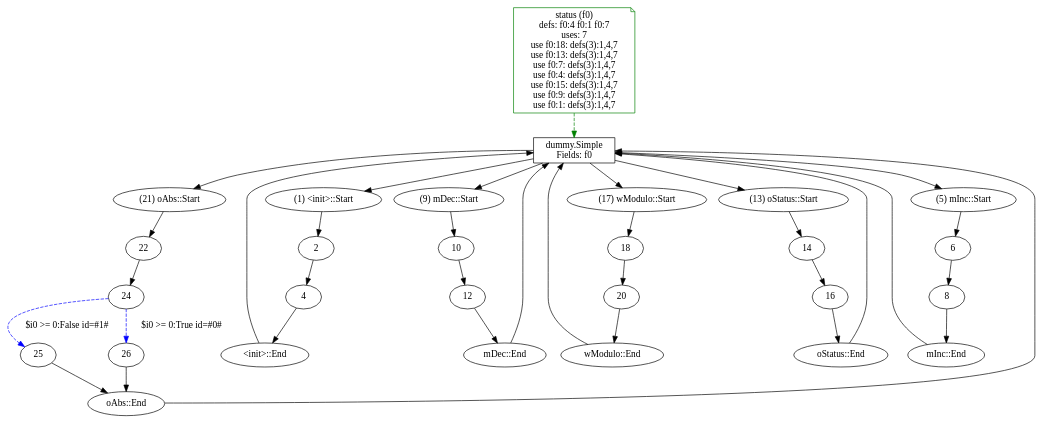
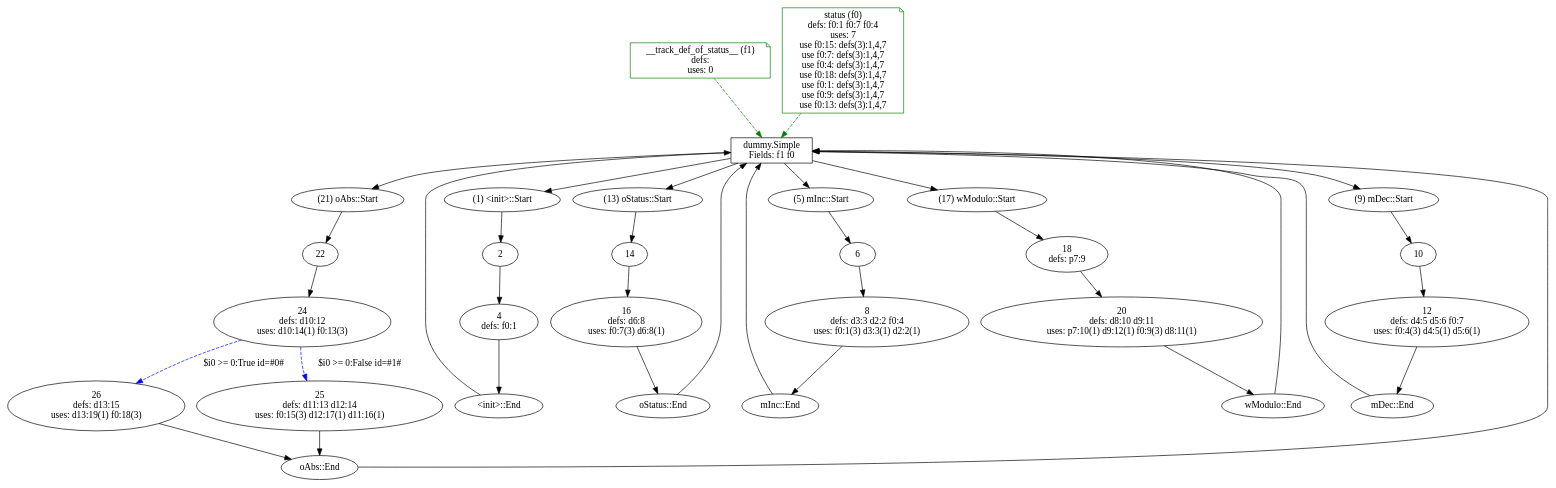
Before and after one commit to matteomiraz/testful: the diagram in testful/testCut/instrumented/dummy/Simple.dot, drawn with Graphviz. The commit also changed 28 other files, not shown here.

```diff
--- a/testful/testCut/instrumented/dummy/Simple.dot
+++ b/testful/testCut/instrumented/dummy/Simple.dot
@@ -1,64 +1,66 @@
 digraph clazz {
-  0 [shape=box,label="dummy.Simple\nFields: f0"];
+  0 [shape=box,label="dummy.Simple\nFields: f1 f0"];
+  f1 -> 0 [style=dashed,color=green];
+  f1 [shape=note,color=green,label="__track_def_of_status__ (f1)\ndefs:\nuses: 0"];
   f0 -> 0 [style=dashed,color=green];
-  f0 [shape=note,color=green,label="status (f0)\ndefs: f0:4 f0:1 f0:7\nuses: 7\nuse f0:18: defs(3):1,4,7\nuse f0:13: defs(3):1,4,7\nuse f0:7: defs(3):1,4,7\nuse f0:4: defs(3):1,4,7\nuse f0:15: defs(3):1,4,7\nuse f0:9: defs(3):1,4,7\nuse f0:1: defs(3):1,4,7"];
+  f0 [shape=note,color=green,label="status (f0)\ndefs: f0:1 f0:7 f0:4\nuses: 7\nuse f0:15: defs(3):1,4,7\nuse f0:7: defs(3):1,4,7\nuse f0:4: defs(3):1,4,7\nuse f0:18: defs(3):1,4,7\nuse f0:1: defs(3):1,4,7\nuse f0:9: defs(3):1,4,7\nuse f0:13: defs(3):1,4,7"];
   0 -> 21;
   0 -> 1;
-  0 -> 9;
-  0 -> 17;
   0 -> 13;
   0 -> 5;
+  0 -> 17;
+  0 -> 9;
   21 [label="(21) oAbs::Start"];
   21 -> 22;
   1 [label="(1) <init>::Start"];
   1 -> 2;
-  9 [label="(9) mDec::Start"];
-  9 -> 10;
-  17 [label="(17) wModulo::Start"];
-  17 -> 18;
   13 [label="(13) oStatus::Start"];
   13 -> 14;
   5 [label="(5) mInc::Start"];
   5 -> 6;
+  17 [label="(17) wModulo::Start"];
+  17 -> 18;
+  9 [label="(9) mDec::Start"];
+  9 -> 10;
   22 [label="22"];
   22 -> 24;
   2 [label="2"];
   2 -> 4;
-  10 [label="10"];
-  10 -> 12;
-  18 [label="18"];
-  18 -> 20;
   14 [label="14"];
   14 -> 16;
   6 [label="6"];
   6 -> 8;
-  24 [label="24"];
+  18 [label="18\ndefs: p7:9"];
+  18 -> 20;
+  10 [label="10"];
+  10 -> 12;
+  24 [label="24\ndefs: d10:12\nuses: d10:14(1) f0:13(3)"];
+  24 -> 25[style=dashed,color=blue,label="$i0 >= 0:False id=#1#"];
   24 -> 26[style=dashed,color=blue,label="$i0 >= 0:True id=#0#"];
-  24 -> 25[style=dashed,color=blue,label="$i0 >= 0:False id=#1#"];
-  4 [label="4"];
+  4 [label="4\ndefs: f0:1"];
   4 -> 3;
-  12 [label="12"];
+  16 [label="16\ndefs: d6:8\nuses: f0:7(3) d6:8(1)"];
+  16 -> 15;
+  8 [label="8\ndefs: d3:3 d2:2 f0:4\nuses: f0:1(3) d3:3(1) d2:2(1)"];
+  8 -> 7;
+  20 [label="20\ndefs: d8:10 d9:11\nuses: p7:10(1) d9:12(1) f0:9(3) d8:11(1)"];
+  20 -> 19;
+  12 [label="12\ndefs: d4:5 d5:6 f0:7\nuses: f0:4(3) d4:5(1) d5:6(1)"];
   12 -> 11;
-  20 [label="20"];
-  20 -> 19;
-  16 [label="16"];
-  16 -> 15;
-  8 [label="8"];
-  8 -> 7;
-  26 [label="26"];
+  25 [label="25\ndefs: d11:13 d12:14\nuses: f0:15(3) d12:17(1) d11:16(1)"];
+  25 -> 23;
+  26 [label="26\ndefs: d13:15\nuses: d13:19(1) f0:18(3)"];
   26 -> 23;
-  25 [label="25"];
-  25 -> 23;
   3 [label="<init>::End"];
   3 -> 0;
-  11 [label="mDec::End"];
-  11 -> 0;
-  19 [label="wModulo::End"];
-  19 -> 0;
   15 [label="oStatus::End"];
   15 -> 0;
   7 [label="mInc::End"];
   7 -> 0;
+  19 [label="wModulo::End"];
+  19 -> 0;
+  11 [label="mDec::End"];
+  11 -> 0;
   23 [label="oAbs::End"];
   23 -> 0;
 }
```
